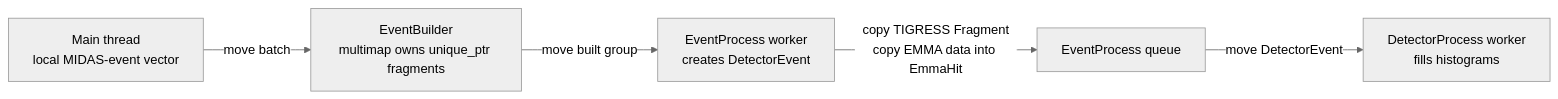
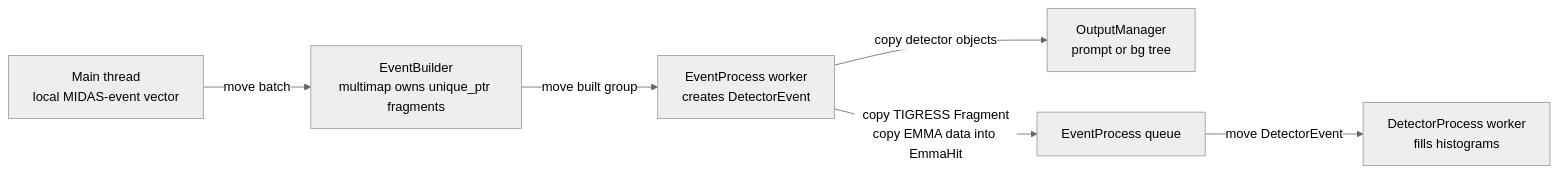
The second of 2 diagrams in README.md (RHYME11/S2426Sort), drawn with Mermaid (neutral theme) before and after one commit. The commit also changed other lines of this file and 12 other files, not shown here.

````diff
--- a/README.md
+++ b/README.md
@@ -420,7 +462,8 @@
 ```mermaid
 flowchart LR
   A["Main thread<br/>local MIDAS-event vector"] -->|"move batch"| B["EventBuilder<br/>multimap owns unique_ptr fragments"]
   B -->|"move built group"| C["EventProcess worker<br/>creates DetectorEvent"]
+  C -->|"copy detector objects"| F["OutputManager<br/>prompt or bg tree"]
   C -->|"copy TIGRESS Fragment<br/>copy EMMA data into EmmaHit"| D["EventProcess queue"]
   D -->|"move DetectorEvent"| E["DetectorProcess worker<br/>fills histograms"]
 ```
````
